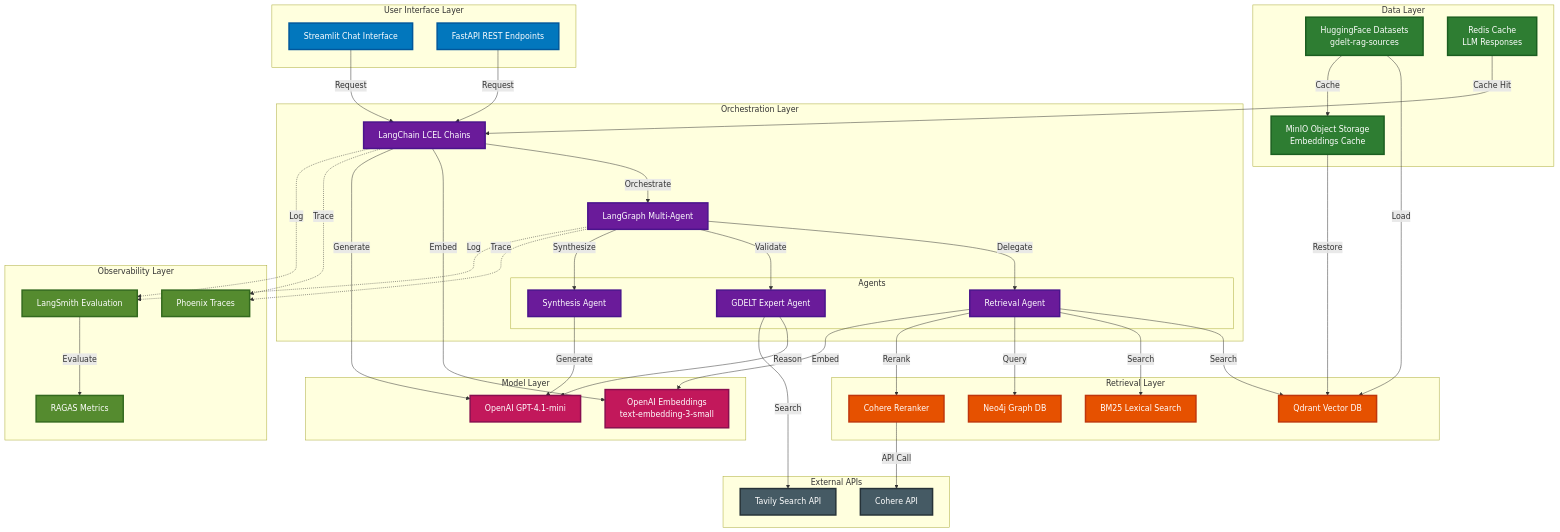
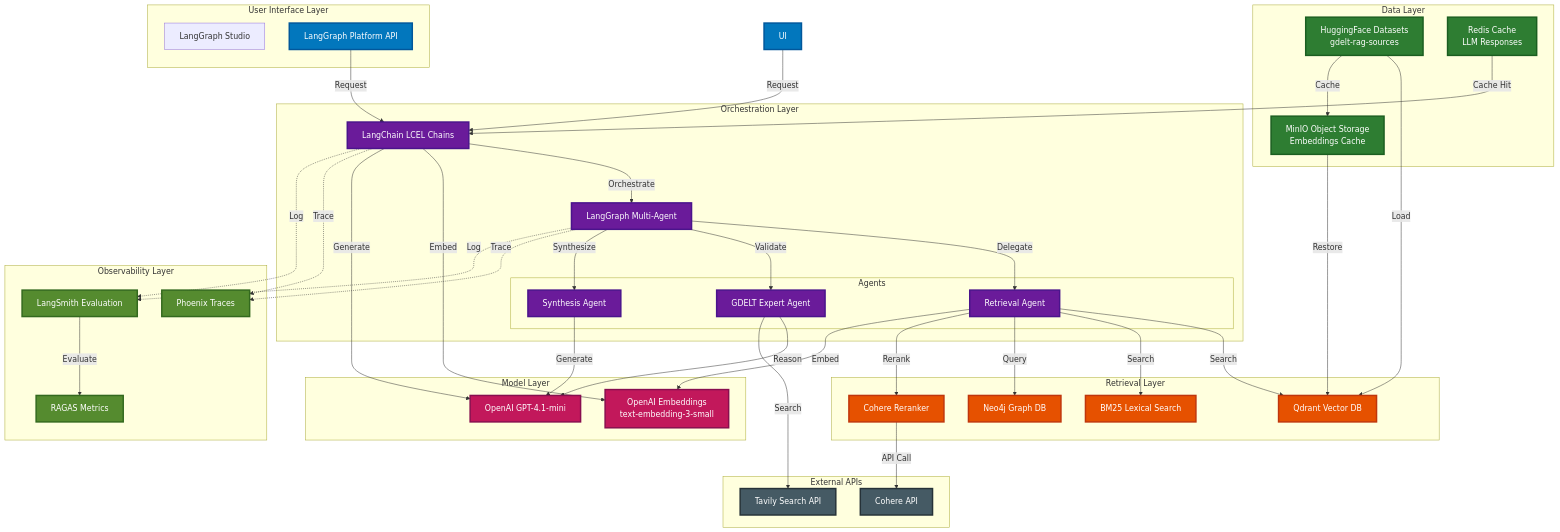
Before and after one commit to aie8-cert-challenge/gdelt-knowledge-base: the first of 3 diagrams in docs/architecture.md, drawn with Mermaid. The commit also changed other lines of this file and 7 other files, not shown here.

````diff
--- a/docs/architecture.md
+++ b/docs/architecture.md
@@ -86,8 +86,8 @@
 ```mermaid
 graph TB
     subgraph "User Interface Layer"
-        UI[Streamlit Chat Interface]
-        API[FastAPI REST Endpoints]
+        STUDIO[LangGraph Studio]
+        API[LangGraph Platform API]
     end
 
     subgraph "Orchestration Layer"
````
